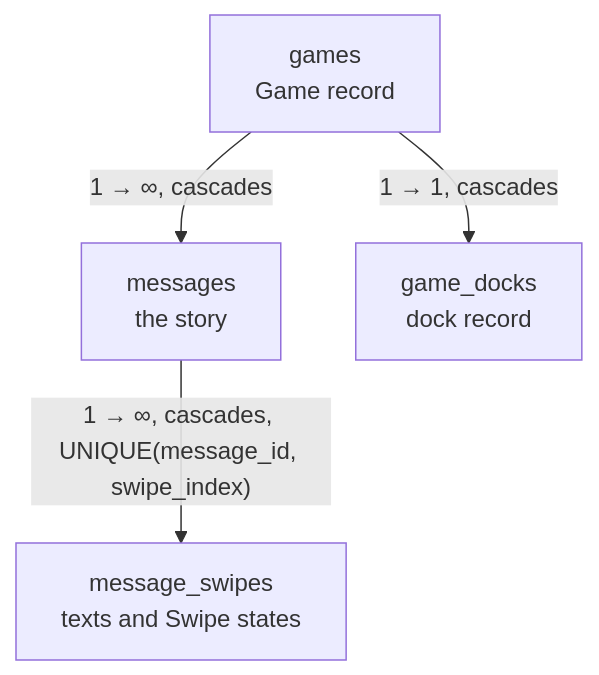
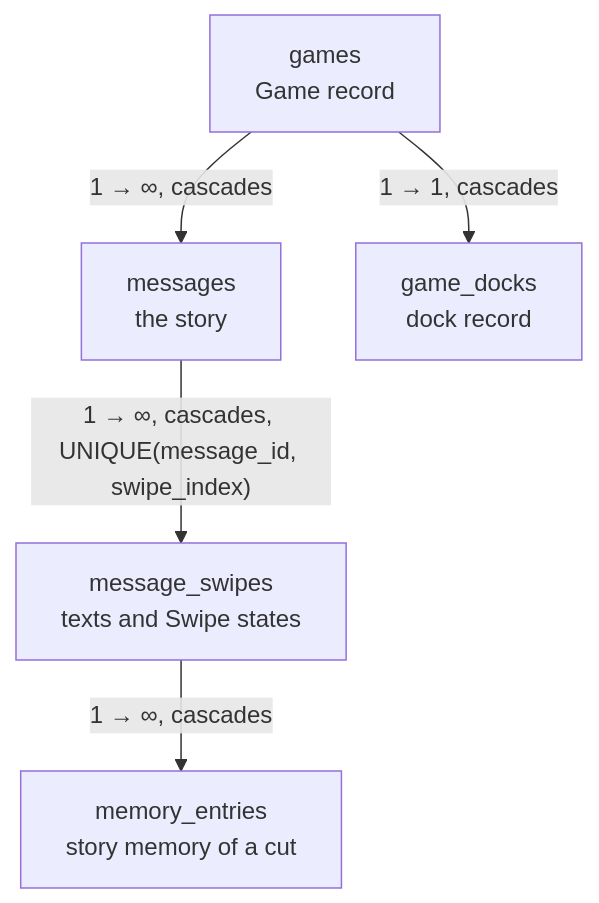
One commit to notsonormal/chronicler-engine changed the first of 2 diagrams in docs/diataxis/reference/storage.md. Above: the diagram before and after it, drawn with Mermaid. The commit also changed other lines of this file and 90 other files, not shown here.

First line of the commit message:
Build the memory entries (ticket 17)

````diff
--- a/docs/diataxis/reference/storage.md
+++ b/docs/diataxis/reference/storage.md
@@ -122,11 +124,13 @@
 ```mermaid
 flowchart TD
     games["games<br/>Game record"]
     messages["messages<br/>the story"]
     swipes["message_swipes<br/>texts and Swipe states"]
+    entries["memory_entries<br/>story memory of a cut"]
     docks["game_docks<br/>dock record"]
 
     games -->|"1 → ∞, cascades"| messages
     games -->|"1 → 1, cascades"| docks
     messages -->|"1 → ∞, cascades, UNIQUE(message_id, swipe_index)"| swipes
+    swipes -->|"1 → ∞, cascades"| entries
 ```
````
